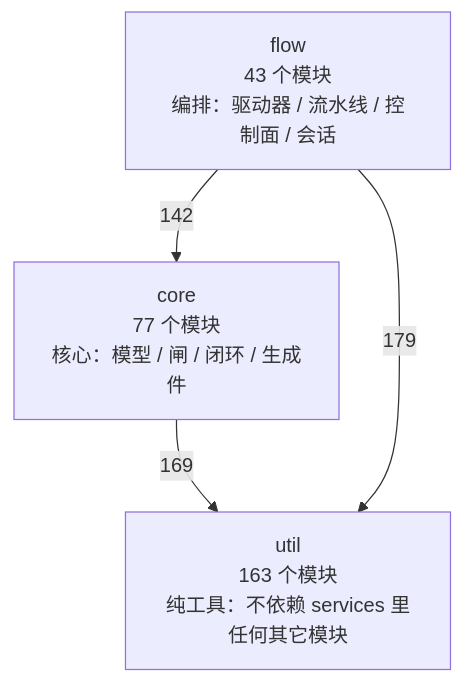
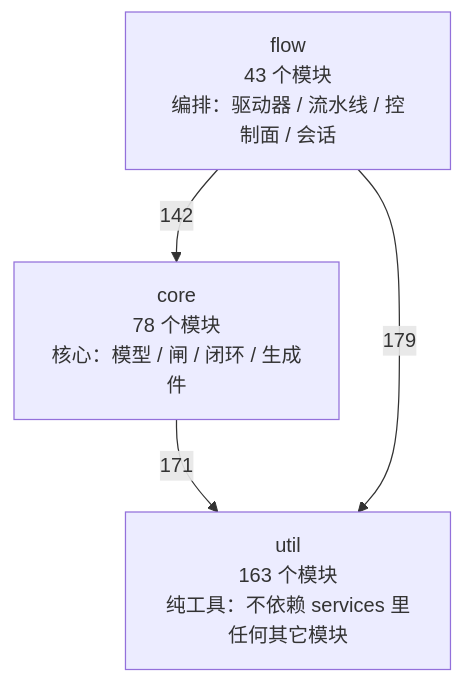
The first of 4 diagrams in docs/SlideRule V6.2 架构图（自动生成）.md (2686521696/WhyBuddy), drawn with Mermaid before and after one commit. The commit also changed other lines of this file and 8 other files, not shown here.

````diff
--- a/docs/SlideRule V6.2 架构图（自动生成）.md
+++ b/docs/SlideRule V6.2 架构图（自动生成）.md
@@ -50,9 +50,9 @@
 ```mermaid
 flowchart TB
   util["util<br/>163 个模块<br/>纯工具：不依赖 services 里任何其它模块"]
-  core["core<br/>77 个模块<br/>核心：模型 / 闸 / 闭环 / 生成件"]
+  core["core<br/>78 个模块<br/>核心：模型 / 闸 / 闭环 / 生成件"]
   flow["flow<br/>43 个模块<br/>编排：驱动器 / 流水线 / 控制面 / 会话"]
-  core -->|169| util
+  core -->|171| util
   flow -->|142| core
   flow -->|179| util
 ```
````
